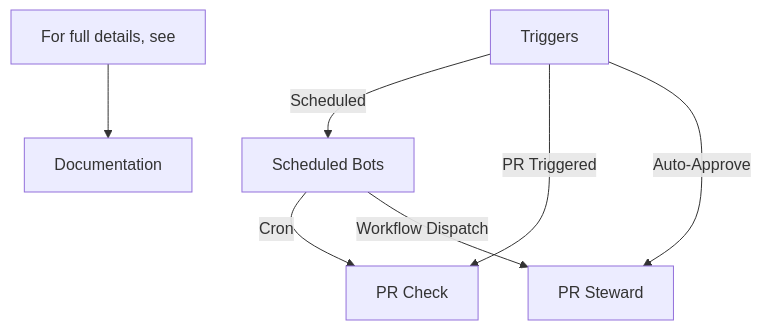
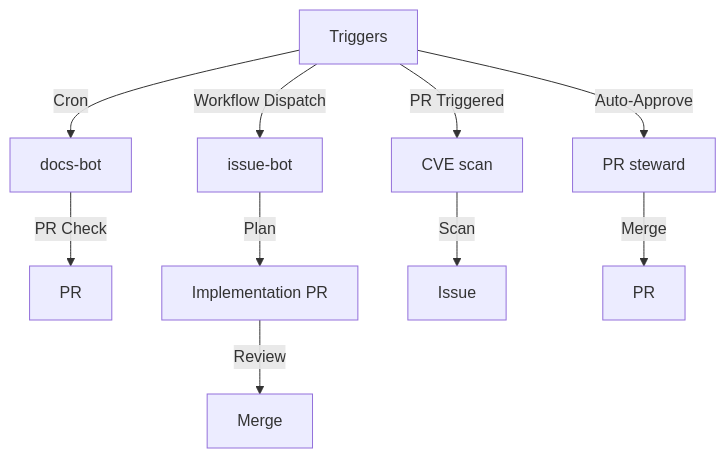
The diagram in README.md (eduardocerqueira/AI-training), drawn with Mermaid before and after one commit. The commit also changed other lines of this file, not shown here.

Commit message:
improve Simplified Architecture agent cycle diagram in README

````diff
--- a/README.md
+++ b/README.md
@@ -77,9 +77,12 @@
 ```mermaid
 flowchart TD
-    A[Scheduled Bots] -->|Cron| B[PR Check]
-    A -->|Workflow Dispatch| C[PR Steward]
-    D[Triggers] -->|Scheduled| A
-    D -->|PR Triggered| B
-    D -->|Auto-Approve| C
-    E[For full details, see] --> F[Documentation]
+    A[Triggers] -->|Cron| B[docs-bot]
+    A -->|Workflow Dispatch| C[issue-bot]
+    A -->|PR Triggered| D[CVE scan]
+    A -->|Auto-Approve| E[PR steward]
+    B -->|PR Check| F[PR]
+    C -->|Plan| G[Implementation PR]
+    G -->|Review| H[Merge]
+    D -->|Scan| I[Issue]
+    E -->|Merge| J[PR]
 ```
````
